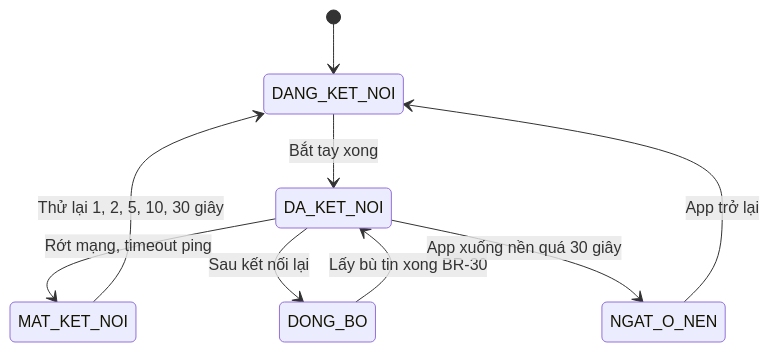
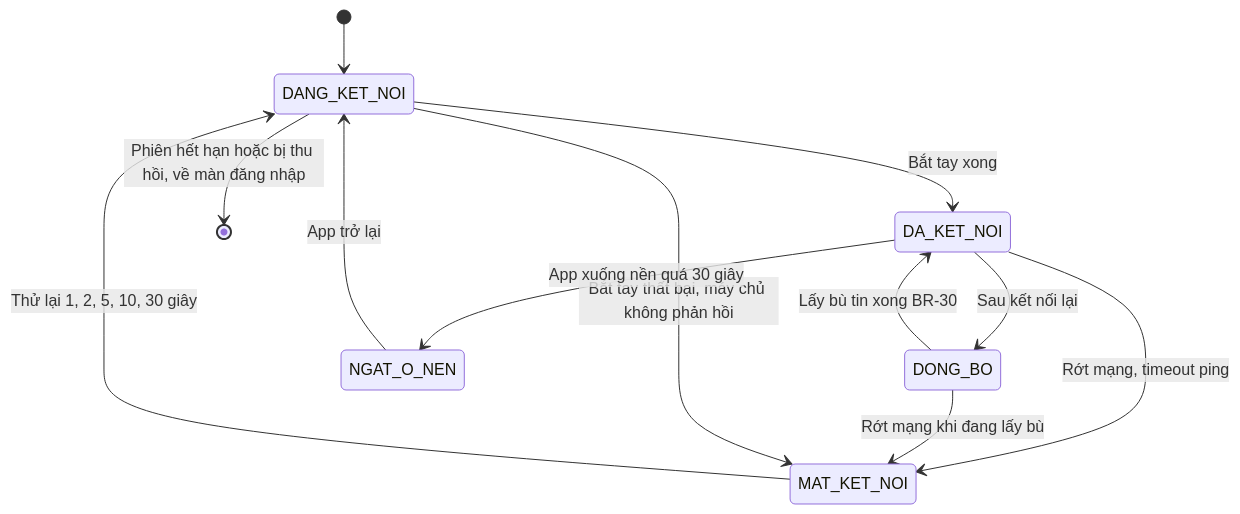
The second of 7 diagrams in docs/TN02-nhan-tin-realtime/SRS.md (uxfoundation-vn/de08-nhan-tin-noi-bo-ai), drawn with Mermaid before and after one commit. The commit also changed 4 other files, not shown here.

````diff
--- a/docs/TN02-nhan-tin-realtime/SRS.md
+++ b/docs/TN02-nhan-tin-realtime/SRS.md
@@ -82,11 +82,14 @@
 ```mermaid
 stateDiagram-v2
   [*] --> DANG_KET_NOI
   DANG_KET_NOI --> DA_KET_NOI : Bắt tay xong
   DA_KET_NOI --> MAT_KET_NOI : Rớt mạng, timeout ping
   MAT_KET_NOI --> DANG_KET_NOI : Thử lại 1, 2, 5, 10, 30 giây
   DA_KET_NOI --> DONG_BO : Sau kết nối lại
   DONG_BO --> DA_KET_NOI : Lấy bù tin xong BR-30
+  DONG_BO --> MAT_KET_NOI : Rớt mạng khi đang lấy bù
+  DANG_KET_NOI --> MAT_KET_NOI : Bắt tay thất bại, máy chủ không phản hồi
+  DANG_KET_NOI --> [*] : Phiên hết hạn hoặc bị thu hồi, về màn đăng nhập
   DA_KET_NOI --> NGAT_O_NEN : App xuống nền quá 30 giây
   NGAT_O_NEN --> DANG_KET_NOI : App trở lại
 ```
````
